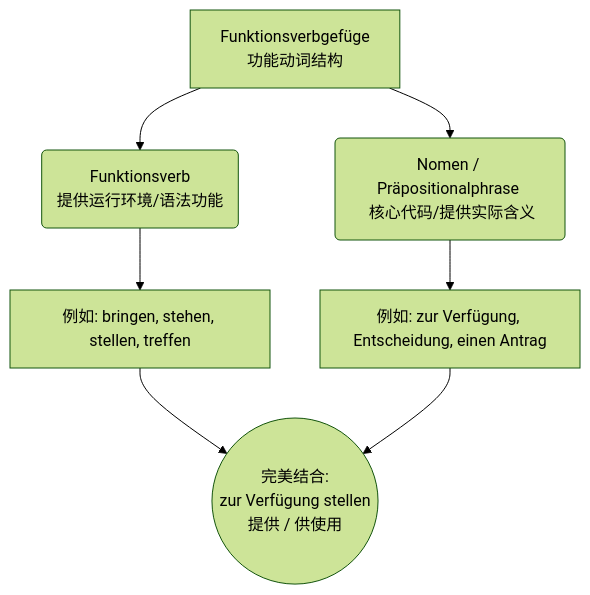
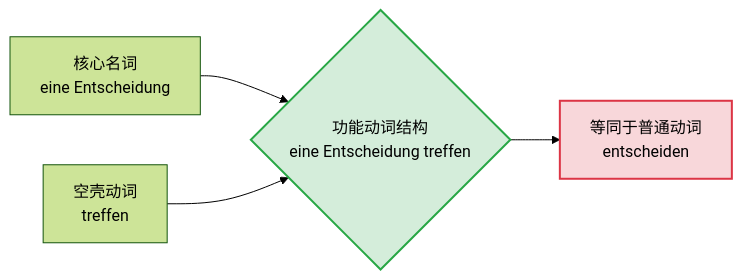
Before and after one commit to tanghaochen/Ideologie_und_Politik_obsidian: the first of 3 diagrams in 语言学习/德语/公共知识语法/2动词/功能动词结构 或 动名词搭配（Funktionsverbgefüge，简称 FVG）.md, drawn with Mermaid (forest theme). The commit also changed other lines of this file and 4 other files, not shown here.

````diff
--- a/语言学习/德语/公共知识语法/2动词/功能动词结构 或 动名词搭配（Funktionsverbgefüge，简称 FVG）.md
+++ b/语言学习/德语/公共知识语法/2动词/功能动词结构 或 动名词搭配（Funktionsverbgefüge，简称 FVG）.md
@@ -17,9 +18,9 @@
 ```mermaid
-flowchart TD
-    A[Funktionsverbgefüge <br> 功能动词结构] --> B(Funktionsverb <br> 提供运行环境/语法功能)
-    A --> C(Nomen / Präpositionalphrase <br> 核心代码/提供实际含义)
-    B --> D[例如: bringen, stehen, stellen, treffen]
-    C --> E[例如: zur Verfügung, Entscheidung, einen Antrag]
-    D --> F((完美结合: <br> zur Verfügung stellen <br> 提供 / 供使用))
-    E --> F
+graph LR
+    A[核心名词<br>eine Entscheidung] --> C{功能动词结构<br>eine Entscheidung treffen}
+    B[空壳动词<br>treffen] --> C
+    C --> D[等同于普通动词<br>entscheiden]
+    
+    style C fill:#d4edda,stroke:#28a745,stroke-width:2px
+    style D fill:#f8d7da,stroke:#dc3545,stroke-width:2px
 ```
````
